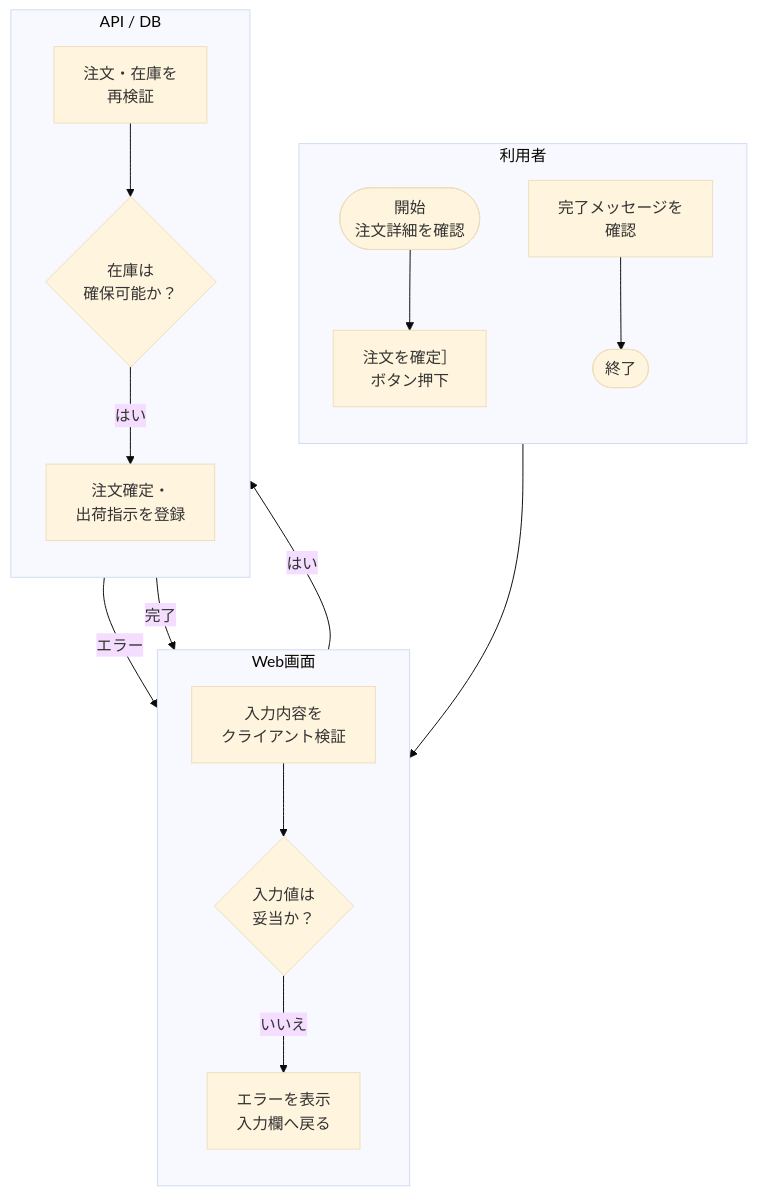
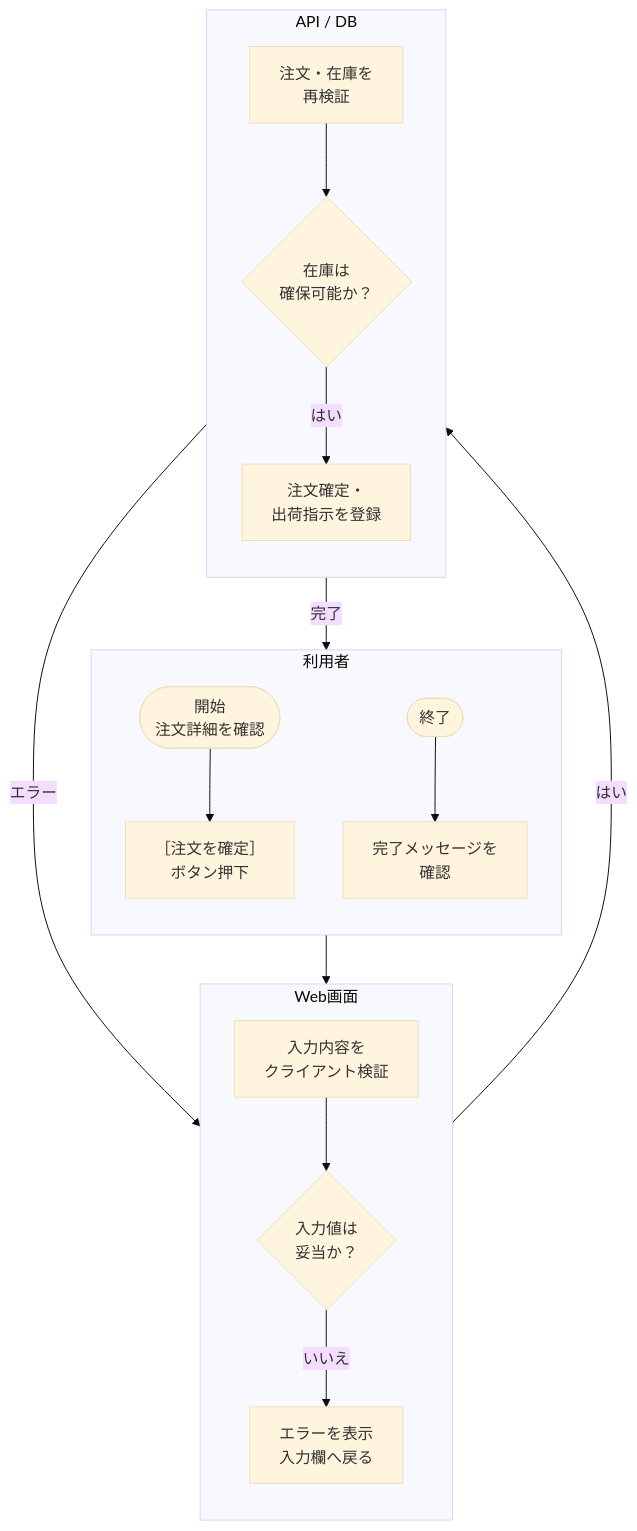
One commit to Takayuki-Ishimaru/docredock changed the second of 2 diagrams in outputs/japanese-system-design-ocr-check/support/previous-export-5/japanese-system-design-ocr-sample.md. Above: the diagram before and after it, drawn with Mermaid (base theme). The commit also changed other lines of this file and 389 other files, not shown here.

````diff
--- a/outputs/japanese-system-design-ocr-check/support/previous-export-5/japanese-system-design-ocr-sample.md
+++ b/outputs/japanese-system-design-ocr-check/support/previous-export-5/japanese-system-design-ocr-sample.md
@@ -97,33 +88,33 @@
 ```mermaid
 flowchart TD
     subgraph L1["利用者"]
         direction TB
         N_B6(["開始<br/>注文詳細を確認"])
-        N_B11["注文を確定］<br/>ボタン押下"]
+        N_B11["［注文を確定］<br/>ボタン押下"]
         N_B28["完了メッセージを<br/>確認"]
         N_B32(["終了"])
     end
     subgraph L2["Web画面"]
         direction TB
         N_H11["入力内容を<br/>クライアント検証"]
         N_H16{"入力値は<br/>妥当か？"}
         N_H22["エラーを表示<br/>入力欄へ戻る"]
     end
     subgraph L3["API / DB"]
         direction TB
         N_N16["注文・在庫を<br/>再検証"]
         N_N22{"在庫は<br/>確保可能か？"}
         N_N28["注文確定・<br/>出荷指示を登録"]
     end
     N_B6 --> N_B11
     N_B11 --> N_H11
     N_H11 --> N_H16
     N_H16 -->|はい| N_N16
     N_H16 -->|いいえ| N_H22
     N_N16 --> N_N22
     N_N22 -->|エラー| N_H22
     N_N22 -->|はい| N_N28
-    N_N28 -->|完了| N_H22
-    N_B28 --> N_B32
+    N_N28 -->|完了| N_B28
+    N_B32 --> N_B28
     %% いいえ：在庫不足エラーを返却
 ```
````
